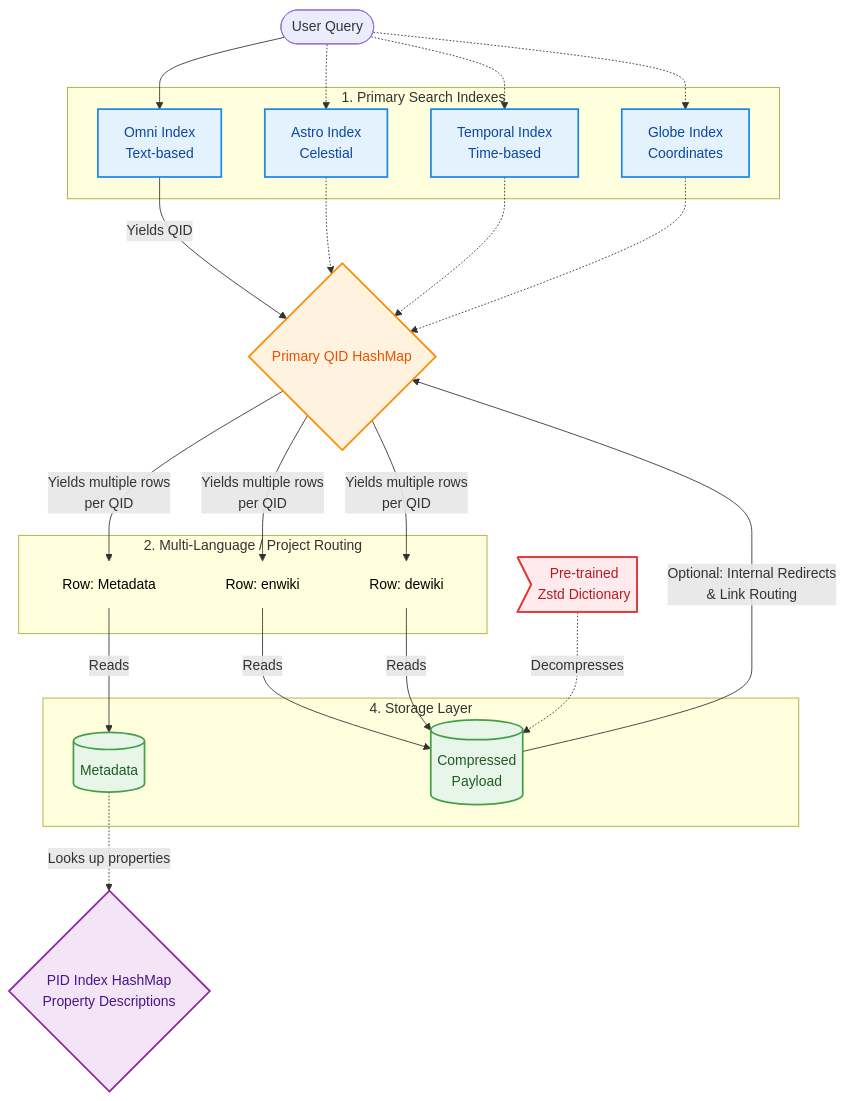
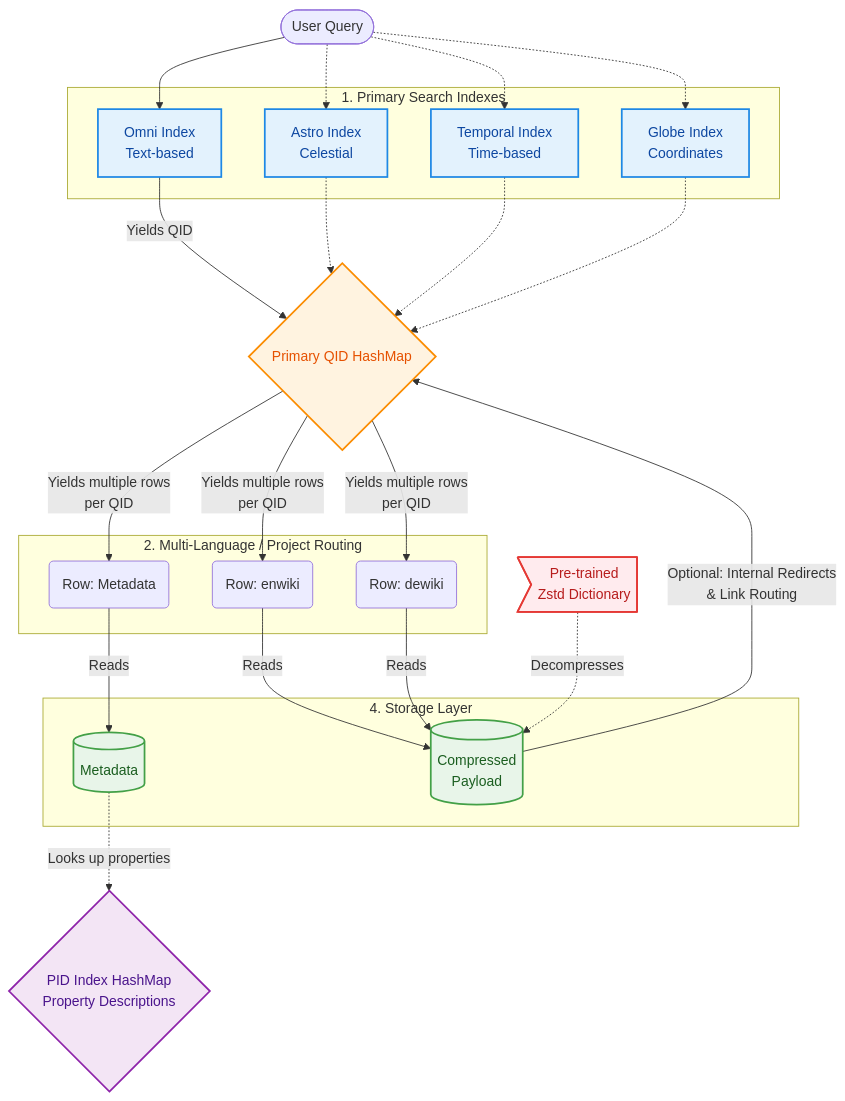
One commit to jmueller209/WIKI_PDA changed the diagram in README.md. Above: the diagram before and after it, drawn with Mermaid.

````diff
--- a/README.md
+++ b/README.md
@@ -16,61 +16,55 @@
 ```mermaid
 flowchart TD
     %% Color Palette Definition
     classDef search fill:#e3f2fd,stroke:#1e88e5,stroke-width:2px,color:#0d47a1
     classDef memory fill:#fff3e0,stroke:#fb8c00,stroke-width:2px,color:#e65100
     classDef storage fill:#e8f5e9,stroke:#43a047,stroke-width:2px,color:#1b5e20
     classDef meta fill:#f3e5f5,stroke:#8e24aa,stroke-width:2px,color:#4a148c
     classDef tool fill:#ffebee,stroke:#e53935,stroke-width:2px,color:#b71c1c
-    
-    %% The fix: Force 0px borders and transparent backgrounds
-    classDef transparent fill:transparent,stroke:transparent,stroke-width:0px,color:inherit
 
     User([User Query])
 
     subgraph Phase1 [1. Primary Search Indexes]
         OS[Omni Index<br>Text-based]:::search
         AS[Astro Index<br>Celestial]:::search
         TS[Temporal Index<br>Time-based]:::search
         CS[Globe Index<br>Coordinates]:::search
     end
 
     User --> OS
     User -.-> AS
     User -.-> TS
     User -.-> CS
 
     HM{Primary QID HashMap}:::memory
     
     OS -- Yields QID --> HM
     AS -.-> HM
     TS -.-> HM
     CS -.-> HM
 
     subgraph Phase2 [2. Multi-Language / Project Routing]
         R1(Row: Metadata)
         R2(Row: enwiki)
         R3(Row: dewiki)
     end
 
-    %% Apply the text-only style
-    class R1,R2,R3 transparent
-
     HM -- Yields multiple rows<br>per QID --> R1 & R2 & R3
 
     subgraph Phase3 [4. Storage Layer]
         MD[(Metadata)]:::storage
         DAT[(Compressed<br>Payload)]:::storage
     end
 
     R1 -->|Reads| MD
     R2 -->|Reads| DAT
     R3 -->|Reads| DAT
 
     PID{PID Index HashMap<br>Property Descriptions}:::meta
     MD -. Looks up properties .-> PID
 
     DAT -- Optional: Internal Redirects<br>& Link Routing --> HM
 
     ZDICT>Pre-trained<br>Zstd Dictionary]:::tool
     ZDICT -.->|Decompresses| DAT
 ```
````
